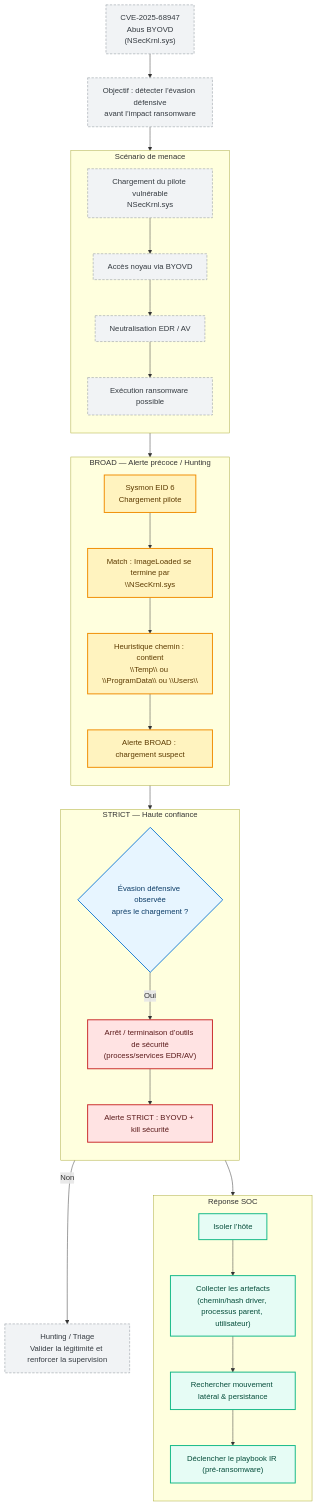
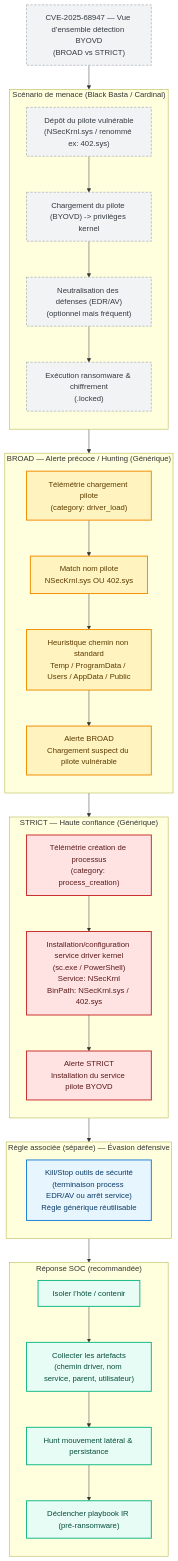
Before and after one commit to Hatchepsoute/sigma-rules: the diagram in CVE-2025-68947_BYOVD/diagrams/README_FR.md, drawn with Mermaid. The commit also changed 17 other files, not shown here.

````diff
--- a/CVE-2025-68947_BYOVD/diagrams/README_FR.md
+++ b/CVE-2025-68947_BYOVD/diagrams/README_FR.md
@@ -8,55 +8,60 @@
 ```mermaid
 flowchart TD
   %% Mermaid compatible GitHub (pas de tags HTML dans les labels)
 
   classDef broad fill:#FFF3BF,stroke:#F08C00,stroke-width:2px,color:#5C3A00;
   classDef strict fill:#FFE3E3,stroke:#C92A2A,stroke-width:2px,color:#5A1A1A;
   classDef decision fill:#E7F5FF,stroke:#1C7ED6,stroke-width:2px,color:#0B3B66;
   classDef action fill:#E6FCF5,stroke:#12B886,stroke-width:2px,color:#064D3B;
   classDef note fill:#F1F3F5,stroke:#868E96,stroke-dasharray: 5 3,color:#343A40;
 
-  H1["CVE-2025-68947\nAbus BYOVD\n(NSecKrnl.sys)"]:::note
-  H2["Objectif : détecter l’évasion défensive\navant l’impact ransomware"]:::note
-  H1 --> H2
+  T0["CVE-2025-68947 — Vue d’ensemble détection BYOVD\n(BROAD vs STRICT)"]:::note
 
-  subgraph S0["Scénario de menace"]
+  subgraph S0["Scénario de menace (Black Basta / Cardinal)"]
     direction TB
-    S0A["Chargement du pilote vulnérable\nNSecKrnl.sys"]:::note
-    S0B["Accès noyau via BYOVD"]:::note
-    S0C["Neutralisation EDR / AV"]:::note
-    S0D["Exécution ransomware possible"]:::note
+    S0A["Dépôt du pilote vulnérable\n(NSecKrnl.sys / renommé ex: 402.sys)"]:::note
+    S0B["Chargement du pilote (BYOVD) -> privilèges kernel"]:::note
+    S0C["Neutralisation des défenses (EDR/AV)\n(optionnel mais fréquent)"]:::note
+    S0D["Exécution ransomware & chiffrement\n(.locked)"]:::note
     S0A --> S0B --> S0C --> S0D
   end
-  H2 --> S0A
 
-  subgraph S1["BROAD — Alerte précoce / Hunting"]
+  T0 --> S0A
+
+  subgraph S1["BROAD — Alerte précoce / Hunting (Générique)"]
     direction TB
-    B1["Sysmon EID 6\nChargement pilote"]:::broad
-    B2["Match : ImageLoaded se termine par\n\\NSecKrnl.sys"]:::broad
-    B3["Heuristique chemin : contient\n\\Temp\\ ou \\ProgramData\\ ou \\Users\\"]:::broad
-    B4["Alerte BROAD : chargement suspect"]:::broad
+    B1["Télémétrie chargement pilote\n(category: driver_load)"]:::broad
+    B2["Match nom pilote\nNSecKrnl.sys OU 402.sys"]:::broad
+    B3["Heuristique chemin non standard\nTemp / ProgramData / Users / AppData / Public"]:::broad
+    B4["Alerte BROAD\nChargement suspect du pilote vulnérable"]:::broad
     B1 --> B2 --> B3 --> B4
   end
 
-  subgraph S2["STRICT — Haute confiance"]
+  subgraph S2["STRICT — Haute confiance (Générique)"]
     direction TB
-    D1{"Évasion défensive observée\naprès le chargement ?"}:::decision
-    S2A["Arrêt / terminaison d’outils de sécurité\n(process/services EDR/AV)"]:::strict
-    S2B["Alerte STRICT : BYOVD + kill sécurité"]:::strict
-    D1 -->|Oui| S2A --> S2B
+    S2A["Télémétrie création de processus\n(category: process_creation)"]:::strict
+    S2B["Installation/configuration service driver kernel\n(sc.exe / PowerShell)\nService: NSecKrnl\nBinPath: NSecKrnl.sys / 402.sys"]:::strict
+    S2C["Alerte STRICT\nInstallation du service pilote BYOVD"]:::strict
+    S2A --> S2B --> S2C
   end
 
-  subgraph S3["Réponse SOC"]
+  subgraph S3["Règle associée (séparée) — Évasion défensive"]
     direction TB
-    A1["Isoler l’hôte"]:::action
-    A2["Collecter les artefacts\n(chemin/hash driver, processus parent, utilisateur)"]:::action
-    A3["Rechercher mouvement latéral & persistance"]:::action
-    A4["Déclencher le playbook IR (pré-ransomware)"]:::action
+    D1["Kill/Stop outils de sécurité\n(terminaison process EDR/AV ou arrêt service)\nRègle générique réutilisable"]:::decision
+  end
+
+  subgraph S4["Réponse SOC (recommandée)"]
+    direction TB
+    A1["Isoler l’hôte / contenir"]:::action
+    A2["Collecter les artefacts\n(chemin driver, nom service, parent, utilisateur)"]:::action
+    A3["Hunt mouvement latéral & persistance"]:::action
+    A4["Déclencher playbook IR (pré-ransomware)"]:::action
     A1 --> A2 --> A3 --> A4
   end
 
-  S0C --> B1
-  B4 --> D1
-  D1 -->|Non| T1["Hunting / Triage\nValider la légitimité et renforcer la supervision"]:::note
-  S2B --> S3
+  S0B --> B1
+  B4 --> S2A
+  S2C --> D1
+  D1 --> A1
+
 ```
````
